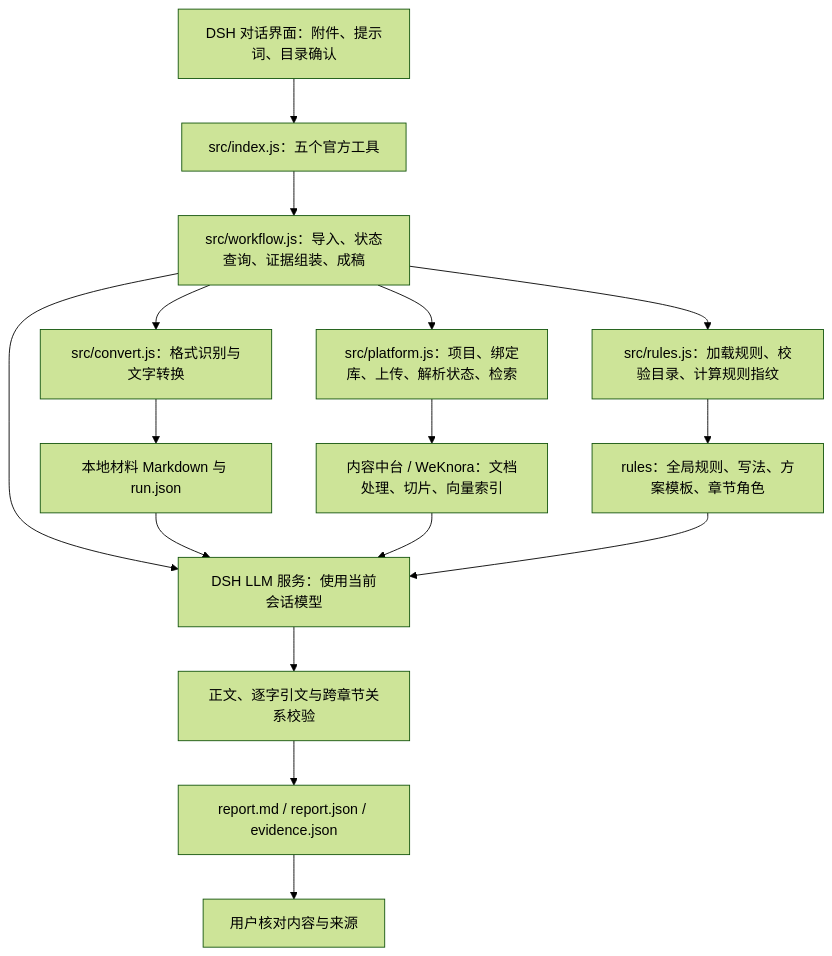
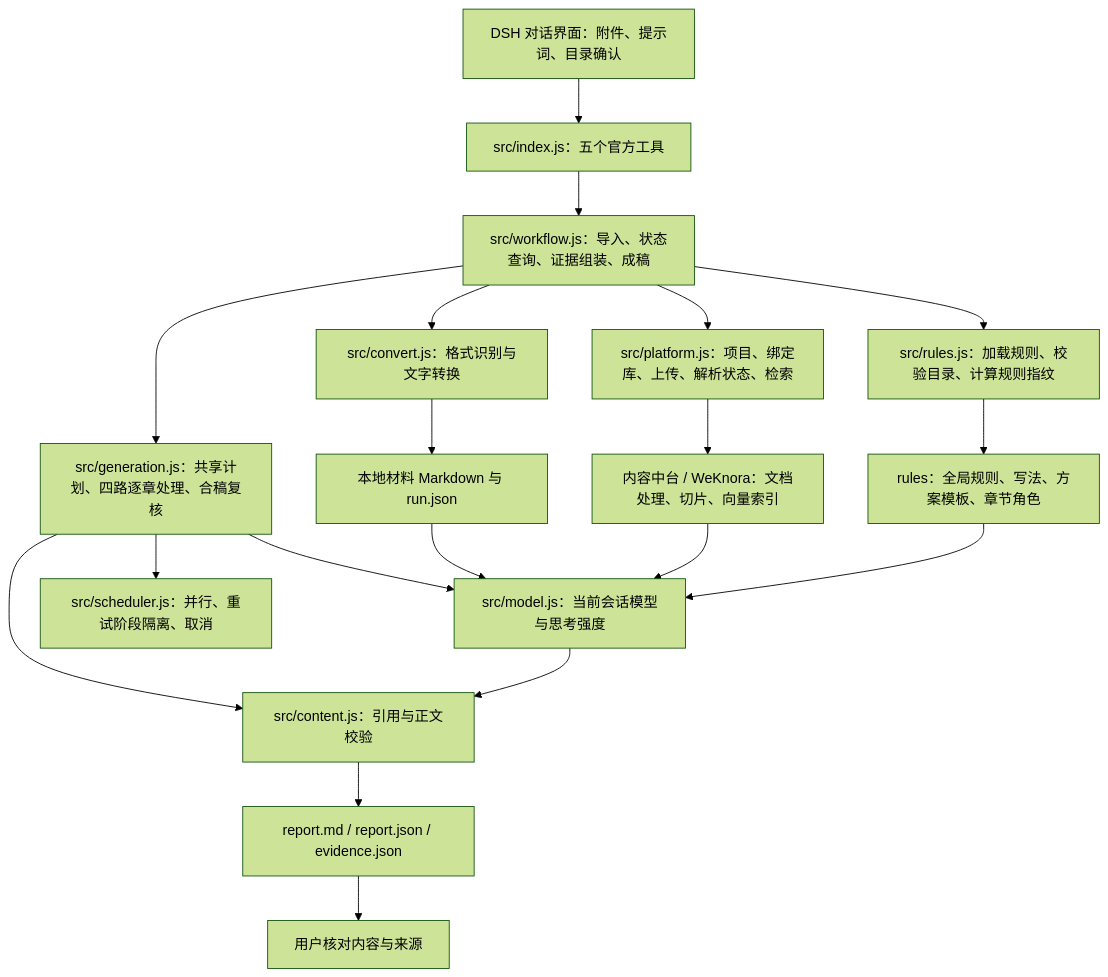
Before and after one commit to z460046000-ops/WLYD_content: the diagram in README.md, drawn with Mermaid (forest theme). The commit also changed other lines of this file and 26 other files, not shown here.

Commit message:
Add four-lane chapter generation and fix tool schemas and retrieval

````diff
--- a/README.md
+++ b/README.md
@@ -26,18 +26,21 @@
 ```mermaid
 flowchart TD
     A[DSH 对话界面：附件、提示词、目录确认] --> B[src/index.js：五个官方工具]
     B --> C[src/workflow.js：导入、状态查询、证据组装、成稿]
     C --> D[src/convert.js：格式识别与文字转换]
     D --> E[本地材料 Markdown 与 run.json]
     C --> F[src/platform.js：项目、绑定库、上传、解析状态、检索]
     F --> G[内容中台 / WeKnora：文档处理、切片、向量索引]
     C --> H[src/rules.js：加载规则、校验目录、计算规则指纹]
     H --> I[rules：全局规则、写法、方案模板、章节角色]
-    C --> J[DSH LLM 服务：使用当前会话模型]
+    C --> N[src/generation.js：共享计划、四路逐章处理、合稿复核]
+    N --> J[src/model.js：当前会话模型与思考强度]
+    N --> S[src/scheduler.js：并行、重试阶段隔离、取消]
+    N --> K[src/content.js：引用与正文校验]
     E --> J
     G --> J
     I --> J
-    J --> K[正文、逐字引文与跨章节关系校验]
+    J --> K
     K --> L[report.md / report.json / evidence.json]
     L --> M[用户核对内容与来源]
 ```
````
